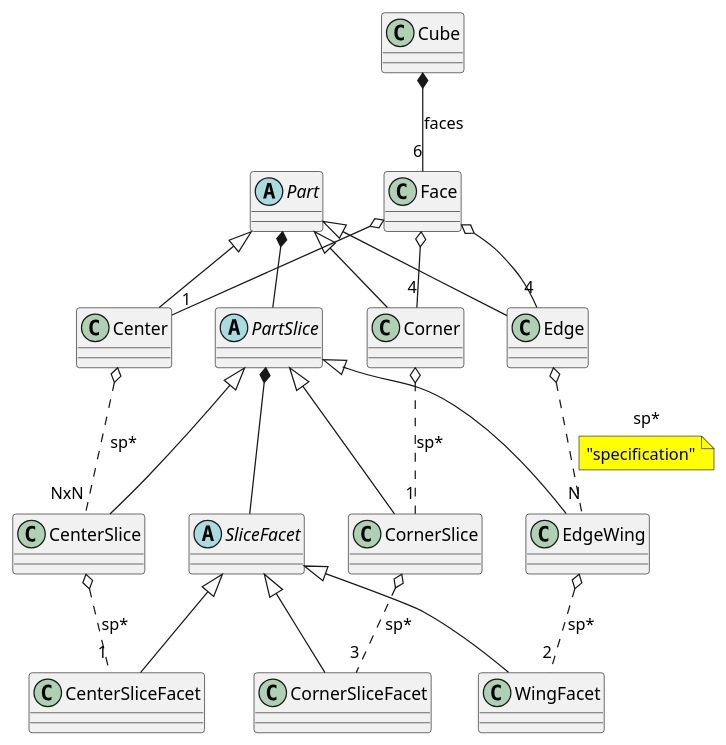
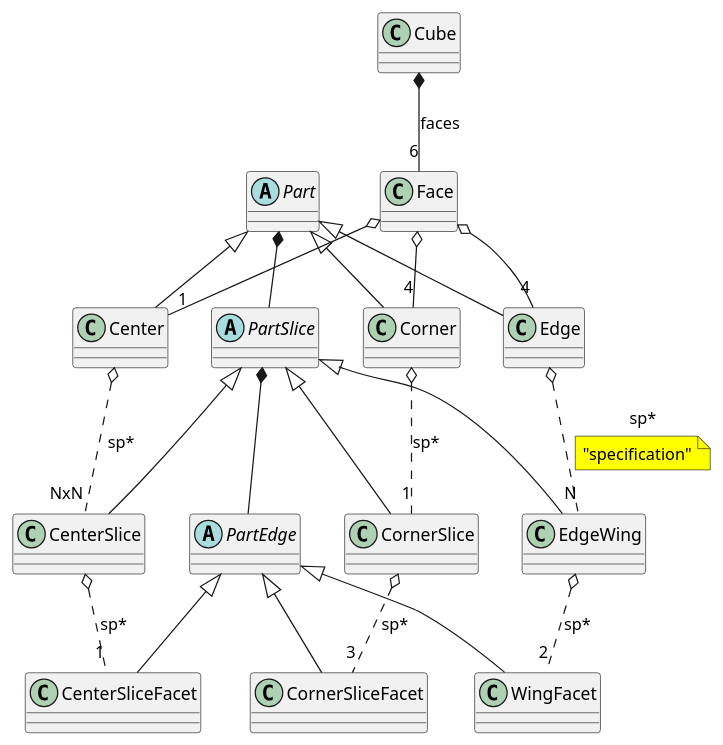
The diagram in cube/model/cube_model.puml (boaznahum/cubesolve), drawn with PlantUML before and after one commit. The commit also changed 4 other files, not shown here.

```diff
--- a/cube/model/cube_model.puml
+++ b/cube/model/cube_model.puml
@@ -1,44 +1,44 @@
 @startuml
 'https://plantuml.com/class-diagram
 
 class Cube
 
 class Face
 
 abstract class Part
 abstract class PartSlice
-abstract class SliceFacet
+abstract class PartEdge
 
 Part <|-- Edge
 Part <|-- Corner
 Part <|-- Center
 
 Part *-- PartSlice
 
 PartSlice <|-- EdgeWing
 PartSlice <|-- CornerSlice
 PartSlice <|-- CenterSlice
 
 
 Cube   *--  "6" Face: "faces"
 
 Face  o-- "1" Center
 Face  o-- "4" Edge
 Face  o-- "4" Corner
 
 Edge o.. "N" EdgeWing: "sp*"
 note on link #yellow: "specification"
 Corner o.. "1" CornerSlice: "sp*"
 Center o.. "NxN" CenterSlice: "sp*"
 
-PartSlice *-- SliceFacet
+PartSlice *-- PartEdge
 
-SliceFacet <|-- WingFacet
-SliceFacet <|-- CornerSliceFacet
-SliceFacet <|-- CenterSliceFacet
+PartEdge <|-- WingFacet
+PartEdge <|-- CornerSliceFacet
+PartEdge <|-- CenterSliceFacet
 
 EdgeWing o.. "2" WingFacet: "sp*"
 CornerSlice o.. "3" CornerSliceFacet: "sp*"
 CenterSlice o.. "1" CenterSliceFacet: "sp*"
 
 @enduml
```
